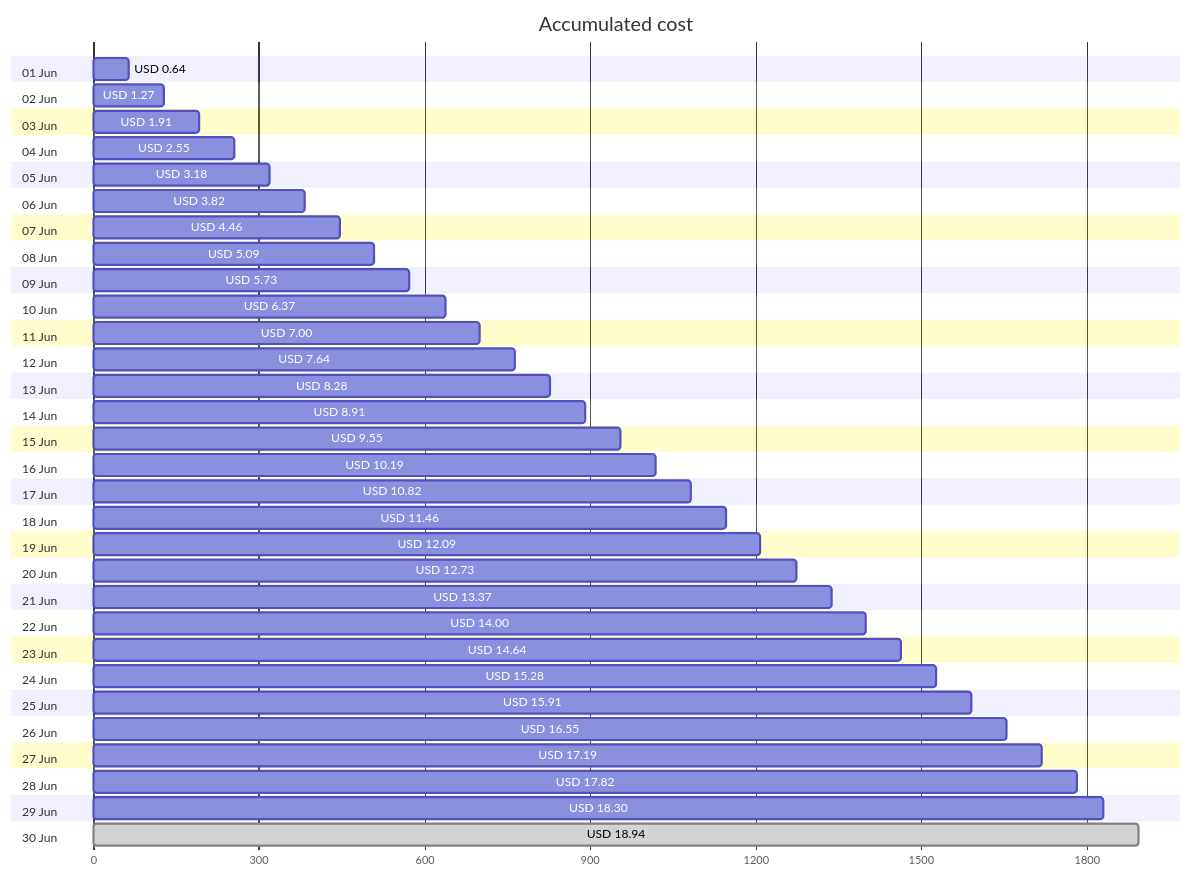
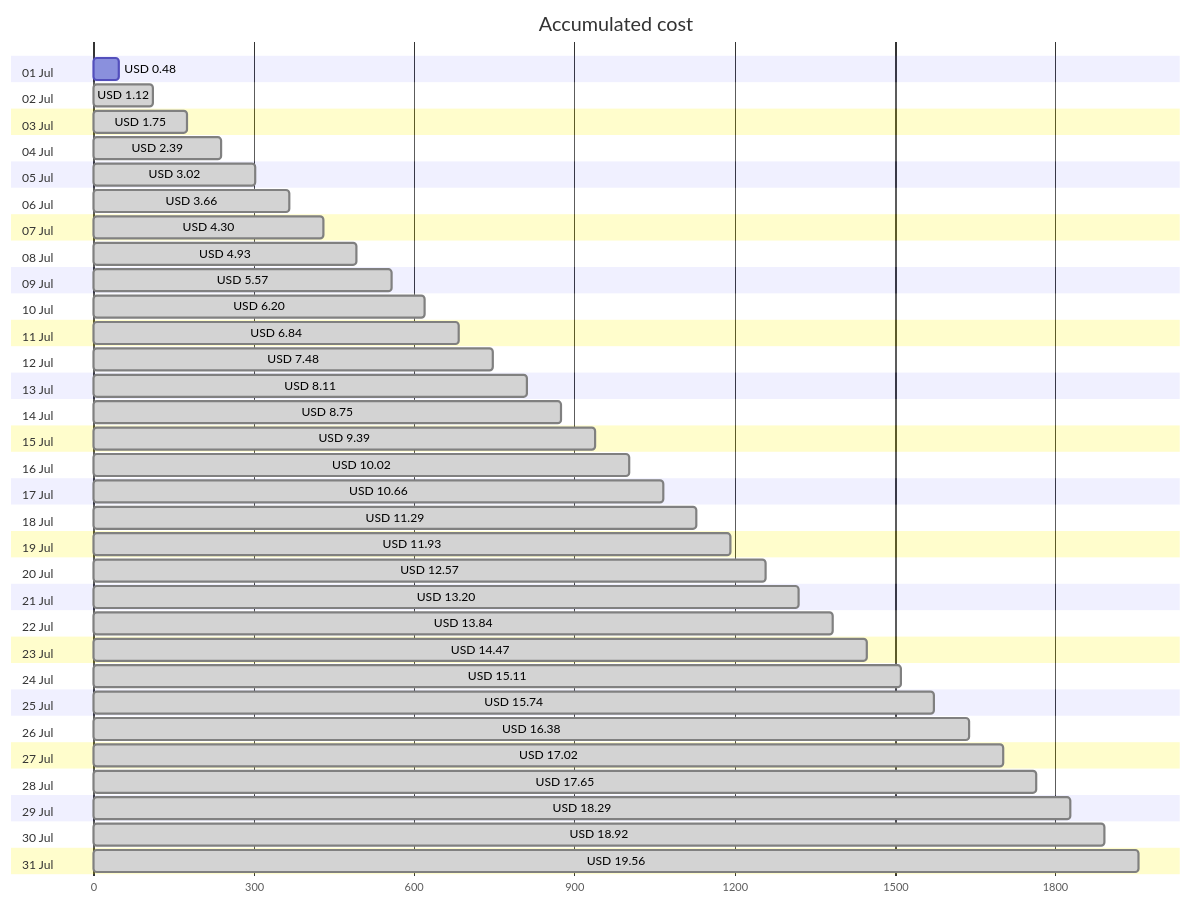
Before and after one commit to jpfulton/azure-personal-reports: the first of 4 diagrams in cost-reports/accumulated-cost.md, drawn with Mermaid. The commit also changed other lines of this file and 4 other files, not shown here.

````diff
--- a/cost-reports/accumulated-cost.md
+++ b/cost-reports/accumulated-cost.md
@@ -20,66 +20,68 @@
 ```mermaid
 gantt
    title Accumulated cost
    dateFormat  X
    axisFormat %s
-   section 01 Jun
-   USD 0.64 :0, 64
-   section 02 Jun
-   USD 1.27 :0, 127
-   section 03 Jun
-   USD 1.91 :0, 191
-   section 04 Jun
-   USD 2.55 :0, 255
-   section 05 Jun
-   USD 3.18 :0, 318
-   section 06 Jun
-   USD 3.82 :0, 382
-   section 07 Jun
-   USD 4.46 :0, 446
-   section 08 Jun
-   USD 5.09 :0, 509
-   section 09 Jun
-   USD 5.73 :0, 573
-   section 10 Jun
-   USD 6.37 :0, 637
-   section 11 Jun
-   USD 7.00 :0, 700
-   section 12 Jun
-   USD 7.64 :0, 764
-   section 13 Jun
-   USD 8.28 :0, 828
-   section 14 Jun
-   USD 8.91 :0, 891
-   section 15 Jun
-   USD 9.55 :0, 955
-   section 16 Jun
-   USD 10.19 :0, 1019
-   section 17 Jun
-   USD 10.82 :0, 1082
-   section 18 Jun
-   USD 11.46 :0, 1146
-   section 19 Jun
-   USD 12.09 :0, 1209
-   section 20 Jun
-   USD 12.73 :0, 1273
-   section 21 Jun
-   USD 13.37 :0, 1337
-   section 22 Jun
-   USD 14.00 :0, 1400
-   section 23 Jun
-   USD 14.64 :0, 1464
-   section 24 Jun
-   USD 15.28 :0, 1528
-   section 25 Jun
-   USD 15.91 :0, 1591
-   section 26 Jun
-   USD 16.55 :0, 1655
-   section 27 Jun
-   USD 17.19 :0, 1719
-   section 28 Jun
-   USD 17.82 :0, 1782
-   section 29 Jun
-   USD 18.30 :0, 1830
-   section 30 Jun
-   USD 18.94 : done, 0, 1894
+   section 01 Jul
+   USD 0.48 :0, 48
+   section 02 Jul
+   USD 1.12 : done, 0, 112
+   section 03 Jul
+   USD 1.75 : done, 0, 175
+   section 04 Jul
+   USD 2.39 : done, 0, 239
+   section 05 Jul
+   USD 3.02 : done, 0, 302
+   section 06 Jul
+   USD 3.66 : done, 0, 366
+   section 07 Jul
+   USD 4.30 : done, 0, 430
+   section 08 Jul
+   USD 4.93 : done, 0, 493
+   section 09 Jul
+   USD 5.57 : done, 0, 557
+   section 10 Jul
+   USD 6.20 : done, 0, 620
+   section 11 Jul
+   USD 6.84 : done, 0, 684
+   section 12 Jul
+   USD 7.48 : done, 0, 748
+   section 13 Jul
+   USD 8.11 : done, 0, 811
+   section 14 Jul
+   USD 8.75 : done, 0, 875
+   section 15 Jul
+   USD 9.39 : done, 0, 939
+   section 16 Jul
+   USD 10.02 : done, 0, 1002
+   section 17 Jul
+   USD 10.66 : done, 0, 1066
+   section 18 Jul
+   USD 11.29 : done, 0, 1129
+   section 19 Jul
+   USD 11.93 : done, 0, 1193
+   section 20 Jul
+   USD 12.57 : done, 0, 1257
+   section 21 Jul
+   USD 13.20 : done, 0, 1320
+   section 22 Jul
+   USD 13.84 : done, 0, 1384
+   section 23 Jul
+   USD 14.47 : done, 0, 1447
+   section 24 Jul
+   USD 15.11 : done, 0, 1511
+   section 25 Jul
+   USD 15.74 : done, 0, 1574
+   section 26 Jul
+   USD 16.38 : done, 0, 1638
+   section 27 Jul
+   USD 17.02 : done, 0, 1702
+   section 28 Jul
+   USD 17.65 : done, 0, 1765
+   section 29 Jul
+   USD 18.29 : done, 0, 1829
+   section 30 Jul
+   USD 18.92 : done, 0, 1892
+   section 31 Jul
+   USD 19.56 : done, 0, 1956
 ```
````
